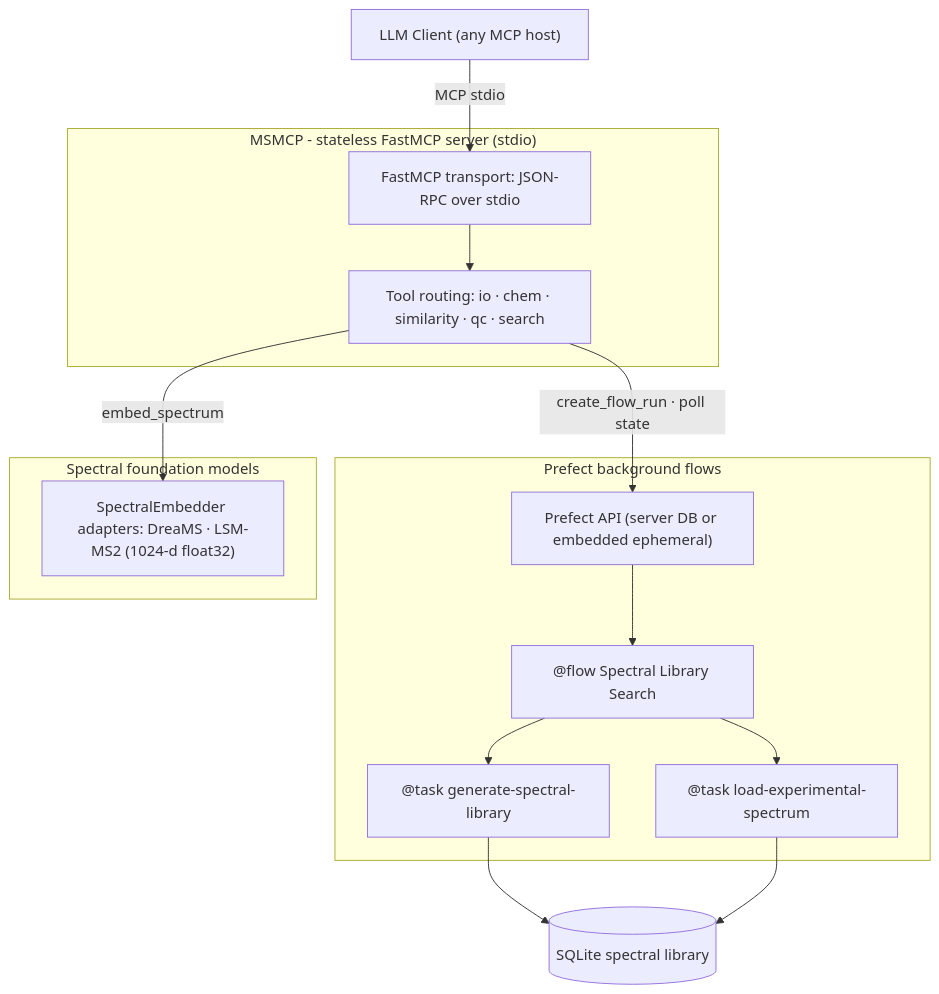
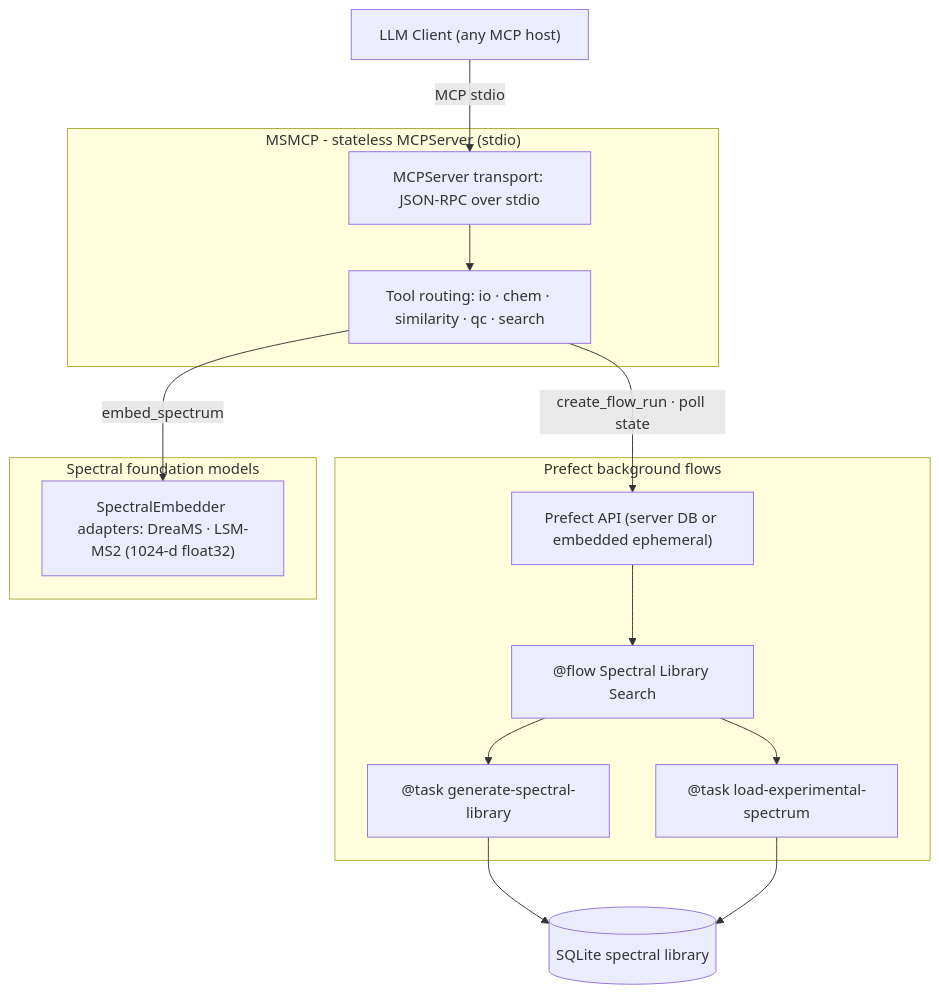
One commit to janusson/MSMCP changed the diagram in README.md. Above: the diagram before and after it, drawn with Mermaid. The commit also changed other lines of this file and 24 other files, not shown here.

First line of the commit message:
Update Zed MCP server config for new spec

````diff
--- a/README.md
+++ b/README.md
@@ -84,32 +84,32 @@
 ```mermaid
 flowchart TD
     Client["LLM Client (any MCP host)"]
 
-    subgraph MSMCP["MSMCP - stateless FastMCP server (stdio)"]
-        Transport["FastMCP transport: JSON-RPC over stdio"]
+    subgraph MSMCP["MSMCP - stateless MCPServer (stdio)"]
+        Transport["MCPServer transport: JSON-RPC over stdio"]
         ToolRouting["Tool routing: io · chem · similarity · qc · search"]
     end
 
     subgraph Prefect["Prefect background flows"]
         API["Prefect API (server DB or embedded ephemeral)"]
         Flow["@flow Spectral Library Search"]
         TaskDB["@task generate-spectral-library"]
         TaskLoad["@task load-experimental-spectrum"]
     end
 
     subgraph Models["Spectral foundation models"]
         Embedders["SpectralEmbedder adapters: DreaMS · LSM-MS2 (1024-d float32)"]
     end
 
     DB[("SQLite spectral library")]
 
     Client -->|MCP stdio| Transport
     Transport --> ToolRouting
     ToolRouting -->|embed_spectrum| Embedders
     ToolRouting -->|"create_flow_run · poll state"| API
     API --> Flow
     Flow --> TaskDB
     Flow --> TaskLoad
     TaskDB --> DB
     TaskLoad --> DB
 ```
````
